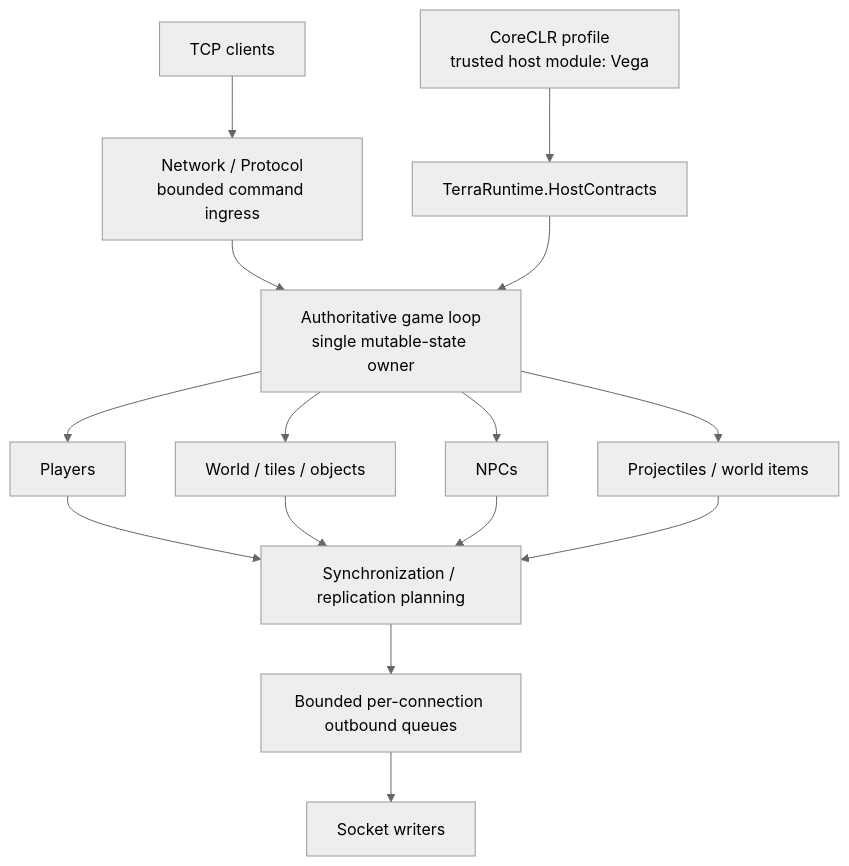
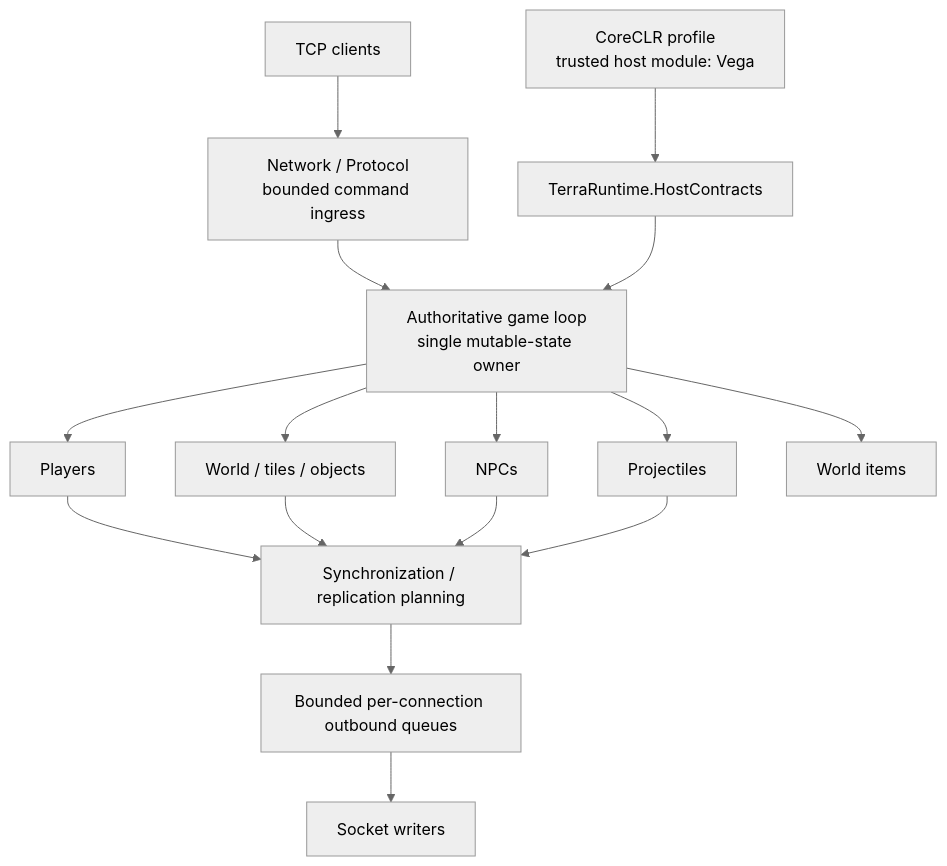
Before and after one commit to VegaKernel/TerraRuntime: the first of 10 diagrams in docs/en/architecture.md, drawn with Mermaid (neutral theme). The commit also changed other lines of this file and 16 other files, not shown here.

````diff
--- a/docs/en/architecture.md
+++ b/docs/en/architecture.md
@@ -20,21 +20,22 @@
 ```mermaid
 flowchart TB
     Clients["TCP clients"] --> Ingress["Network / Protocol<br/>bounded command ingress"]
     Ingress --> Loop["Authoritative game loop<br/>single mutable-state owner"]
 
     Vega["CoreCLR profile<br/>trusted host module: Vega"] --> Contracts["TerraRuntime.HostContracts"]
     Contracts --> Loop
 
     Loop --> Players["Players"]
     Loop --> World["World / tiles / objects"]
     Loop --> NPCs["NPCs"]
-    Loop --> Projectiles["Projectiles / world items"]
+    Loop --> Projectiles["Projectiles"]
+    Loop --> Items["World items"]
 
     Players --> Replication["Synchronization / replication planning"]
     World --> Replication
     NPCs --> Replication
     Projectiles --> Replication
 
     Replication --> Queues["Bounded per-connection outbound queues"]
     Queues --> Writers["Socket writers"]
 ```
````
